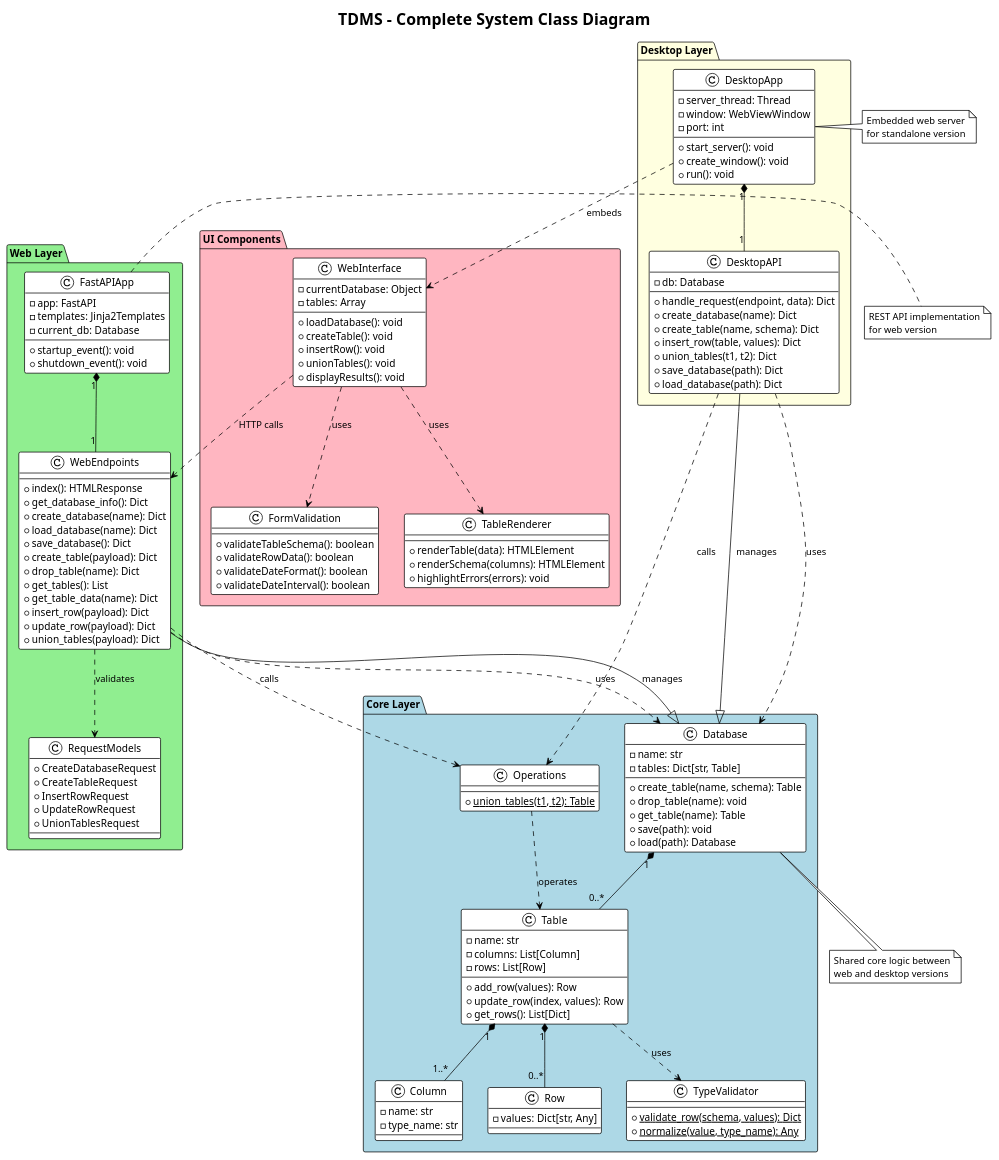
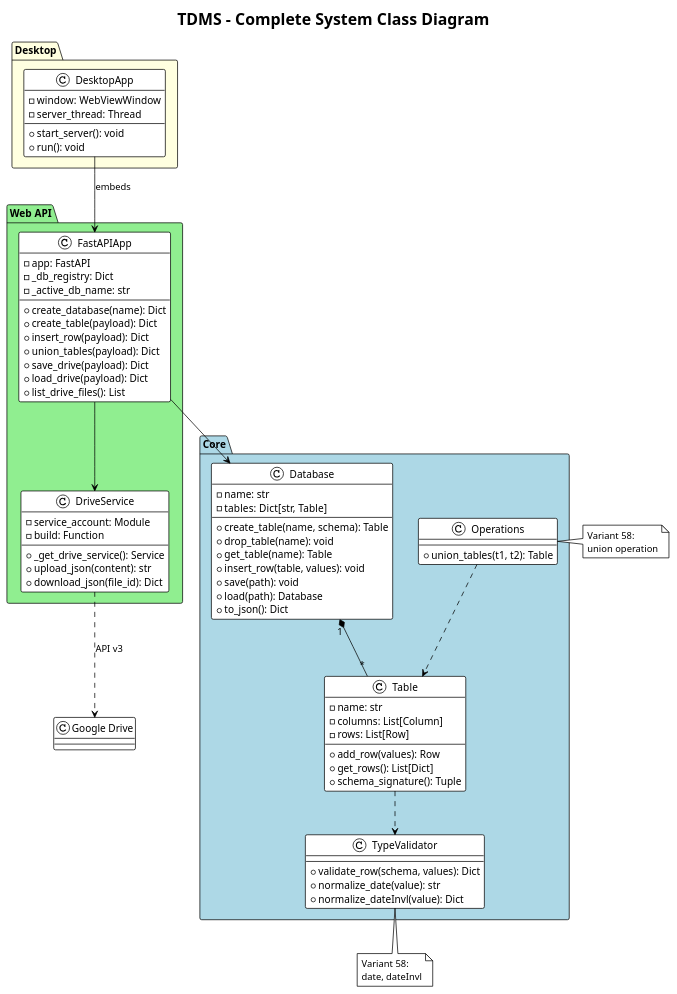
One commit to PavelShpagin/TDMS changed the diagram in UML/10_class_full_system.puml. Above: the diagram before and after it, drawn with PlantUML. The commit also changed 18 other files, not shown here.

First line of the commit message:
Update UML diagrams to match actual implementation

```diff
--- a/UML/10_class_full_system.puml
+++ b/UML/10_class_full_system.puml
@@ -1,167 +1,93 @@
 @startuml class_full_system
 !theme plain
 title TDMS - Complete System Class Diagram
 
-package "Core Layer" #LightBlue {
+package "Core" #LightBlue {
   class Database {
     - name: str
     - tables: Dict[str, Table]
     + create_table(name, schema): Table
     + drop_table(name): void
     + get_table(name): Table
+    + insert_row(table, values): void
     + save(path): void
     + load(path): Database
+    + to_json(): Dict
   }
   
   class Table {
     - name: str
     - columns: List[Column]
     - rows: List[Row]
     + add_row(values): Row
-    + update_row(index, values): Row
     + get_rows(): List[Dict]
-  }
-  
-  class Column {
-    - name: str
-    - type_name: str
-  }
-  
-  class Row {
-    - values: Dict[str, Any]
+    + schema_signature(): Tuple
   }
   
   class TypeValidator {
-    + {static} validate_row(schema, values): Dict
-    + {static} normalize(value, type_name): Any
+    + validate_row(schema, values): Dict
+    + normalize_date(value): str
+    + normalize_dateInvl(value): Dict
   }
   
   class Operations {
-    + {static} union_tables(t1, t2): Table
+    + union_tables(t1, t2): Table
   }
 }
 
-package "Web Layer" #LightGreen {
+package "Web API" #LightGreen {
   class FastAPIApp {
     - app: FastAPI
-    - templates: Jinja2Templates
-    - current_db: Database
-    + startup_event(): void
-    + shutdown_event(): void
+    - _db_registry: Dict
+    - _active_db_name: str
+    + create_database(name): Dict
+    + create_table(payload): Dict
+    + insert_row(payload): Dict
+    + union_tables(payload): Dict
+    + save_drive(payload): Dict
+    + load_drive(payload): Dict
+    + list_drive_files(): List
   }
   
-  class WebEndpoints {
-    + index(): HTMLResponse
-    + get_database_info(): Dict
-    + create_database(name): Dict
-    + load_database(name): Dict
-    + save_database(): Dict
-    + create_table(payload): Dict
-    + drop_table(name): Dict
-    + get_tables(): List
-    + get_table_data(name): Dict
-    + insert_row(payload): Dict
-    + update_row(payload): Dict
-    + union_tables(payload): Dict
-  }
-  
-  class RequestModels {
-    + CreateDatabaseRequest
-    + CreateTableRequest
-    + InsertRowRequest
-    + UpdateRowRequest
-    + UnionTablesRequest
+  class DriveService {
+    - service_account: Module
+    - build: Function
+    + _get_drive_service(): Service
+    + upload_json(content): str
+    + download_json(file_id): Dict
   }
 }
 
-package "Desktop Layer" #LightYellow {
+package "Desktop" #LightYellow {
   class DesktopApp {
+    - window: WebViewWindow
     - server_thread: Thread
-    - window: WebViewWindow
-    - port: int
     + start_server(): void
-    + create_window(): void
     + run(): void
-  }
-  
-  class DesktopAPI {
-    - db: Database
-    + handle_request(endpoint, data): Dict
-    + create_database(name): Dict
-    + create_table(name, schema): Dict
-    + insert_row(table, values): Dict
-    + union_tables(t1, t2): Dict
-    + save_database(path): Dict
-    + load_database(path): Dict
-  }
-}
-
-package "UI Components" #LightPink {
-  class WebInterface {
-    - currentDatabase: Object
-    - tables: Array
-    + loadDatabase(): void
-    + createTable(): void
-    + insertRow(): void
-    + unionTables(): void
-    + displayResults(): void
-  }
-  
-  class FormValidation {
-    + validateTableSchema(): boolean
-    + validateRowData(): boolean
-    + validateDateFormat(): boolean
-    + validateDateInterval(): boolean
-  }
-  
-  class TableRenderer {
-    + renderTable(data): HTMLElement
-    + renderSchema(columns): HTMLElement
-    + highlightErrors(errors): void
   }
 }
 
 ' Core relationships
-Database "1" *-- "0..*" Table
-Table "1" *-- "1..*" Column
-Table "1" *-- "0..*" Row
-Table ..> TypeValidator : uses
-Operations ..> Table : operates
+Database "1" *-- "*" Table
+Table ..> TypeValidator
+Operations ..> Table
 
-' Web layer relationships
-FastAPIApp "1" *-- "1" WebEndpoints
-WebEndpoints ..> Database : uses
-WebEndpoints ..> RequestModels : validates
-WebEndpoints ..> Operations : calls
+' API relationships  
+FastAPIApp --> Database
+FastAPIApp --> DriveService
+DriveService ..> "Google Drive" : API v3
 
-' Desktop layer relationships
-DesktopApp "1" *-- "1" DesktopAPI
-DesktopAPI ..> Database : uses
-DesktopAPI ..> Operations : calls
+' Desktop relationships
+DesktopApp --> FastAPIApp : embeds
 
-' UI relationships
-WebInterface ..> FormValidation : uses
-WebInterface ..> TableRenderer : uses
-WebInterface ..> WebEndpoints : HTTP calls
-DesktopApp ..> WebInterface : embeds
-
-' Cross-layer relationships
-WebEndpoints --|> Database : manages
-DesktopAPI --|> Database : manages
-
-note bottom of Database
-  Shared core logic between
-  web and desktop versions
+note bottom of TypeValidator
+  Variant 58:
+  date, dateInvl
 end note
 
-note right of FastAPIApp
-  REST API implementation
-  for web version
-end note
-
-note left of DesktopApp
-  Embedded web server
-  for standalone version
+note right of Operations
+  Variant 58:
+  union operation
 end note
 
 @enduml
```
